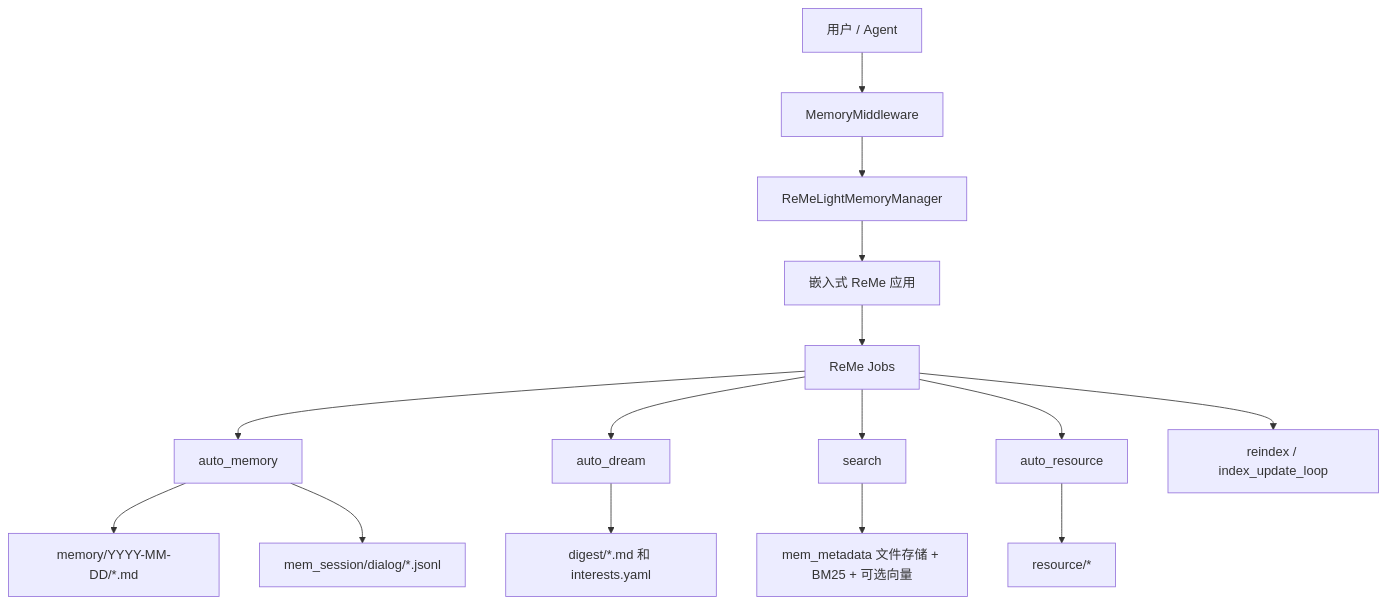
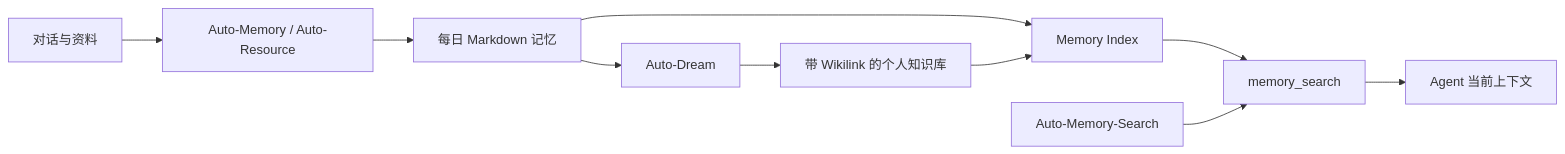
Before and after one commit to agentscope-ai/QwenPaw: the first of 5 diagrams in website/public/docs/memory.zh.md, drawn with Mermaid. The commit also changed other lines of this file and 11 other files, not shown here.

````diff
--- a/website/public/docs/memory.zh.md
+++ b/website/public/docs/memory.zh.md
@@ -25,17 +7,12 @@
 ```mermaid
-graph TB
-    User[用户 / Agent] --> Middleware[MemoryMiddleware]
-    Middleware --> Manager[ReMeLightMemoryManager]
-    Manager --> ReMe[嵌入式 ReMe 应用]
-    ReMe --> Jobs[ReMe Jobs]
-    Jobs --> AutoMemory[auto_memory]
-    Jobs --> AutoDream[auto_dream]
-    Jobs --> Search[search]
-    Jobs --> Resource[auto_resource]
-    Jobs --> Reindex[reindex / index_update_loop]
-    AutoMemory --> Daily[memory/YYYY-MM-DD/*.md]
-    AutoMemory --> Session[mem_session/dialog/*.jsonl]
-    AutoDream --> Digest[digest/*.md 和 interests.yaml]
-    Resource --> ResourceDir[resource/*]
-    Search --> Store[mem_metadata 文件存储 + BM25 + 可选向量]
+flowchart LR
+    A[对话与资料] --> B[Auto-Memory / Auto-Resource]
+    B --> C[每日 Markdown 记忆]
+    C --> D[Memory Index]
+    C --> E[Auto-Dream]
+    E --> F[带 Wikilink 的个人知识库]
+    F --> D
+    D --> G[memory_search]
+    G --> H[Agent 当前上下文]
+    I[Auto-Memory-Search] --> G
 ```
````
